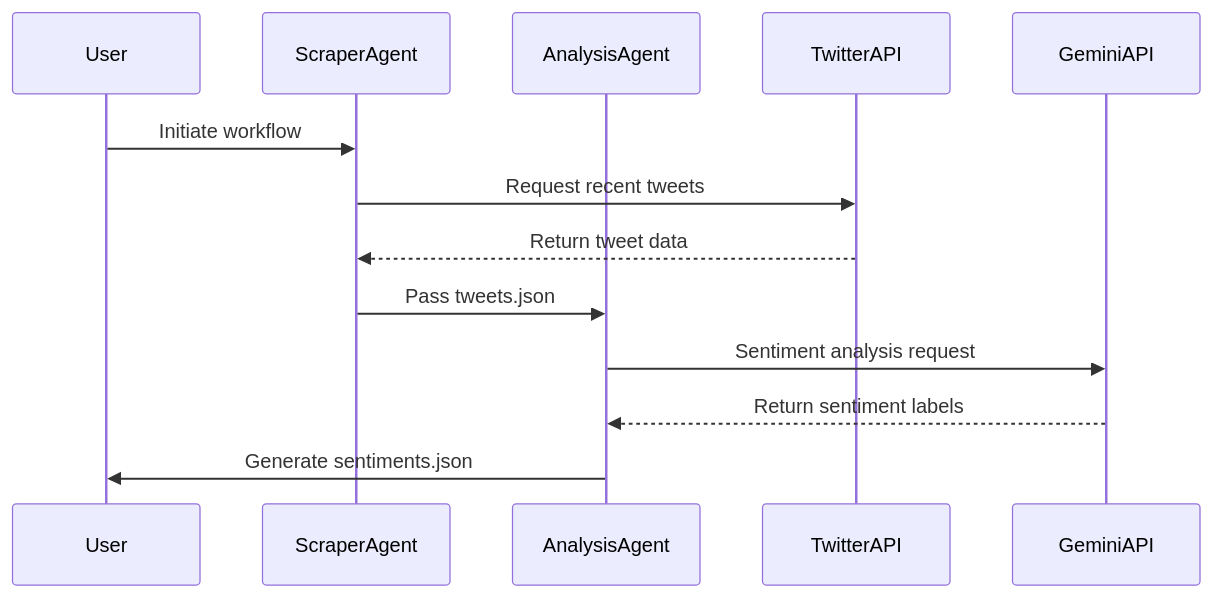
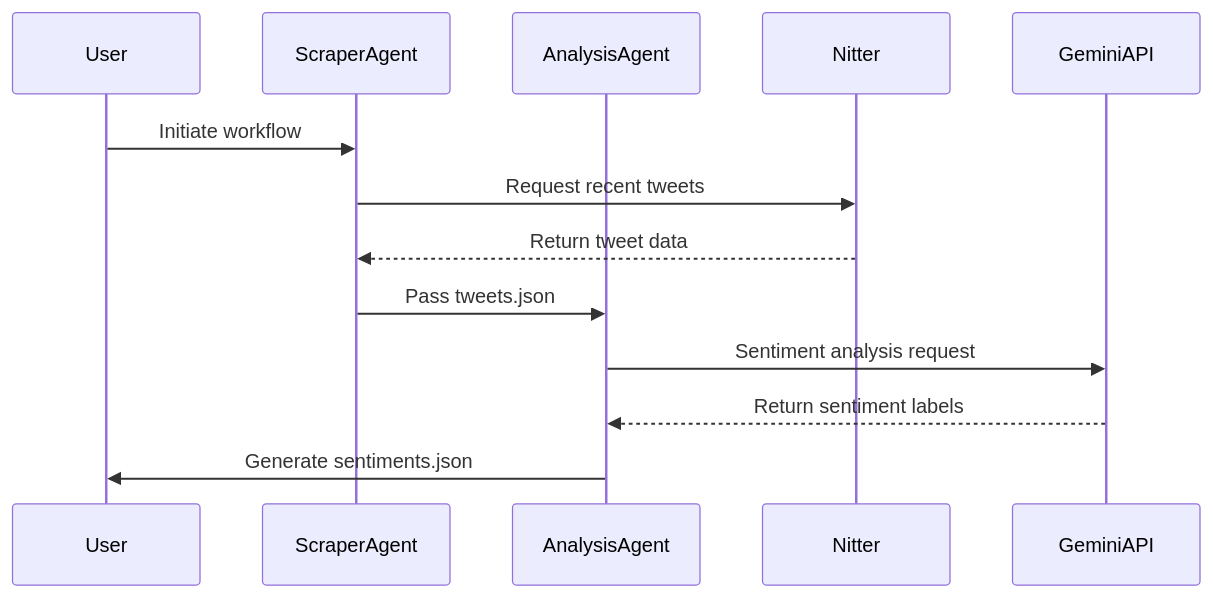
Before and after one commit to end-9214/XTweets-live-sentiment-analysis: the diagram in README.md, drawn with Mermaid. The commit also changed other lines of this file, not shown here.

````diff
--- a/README.md
+++ b/README.md
@@ -46,16 +41,16 @@
 ```mermaid
 sequenceDiagram
     participant User
     participant ScraperAgent
     participant AnalysisAgent
-    participant TwitterAPI
+    participant Nitter
     participant GeminiAPI
     
     User->>ScraperAgent: Initiate workflow
-    ScraperAgent->>TwitterAPI: Request recent tweets
-    TwitterAPI-->>ScraperAgent: Return tweet data
+    ScraperAgent->>Nitter: Request recent tweets
+    Nitter-->>ScraperAgent: Return tweet data
     ScraperAgent->>AnalysisAgent: Pass tweets.json
     AnalysisAgent->>GeminiAPI: Sentiment analysis request
     GeminiAPI-->>AnalysisAgent: Return sentiment labels
     AnalysisAgent->>User: Generate sentiments.json
 ```
````
